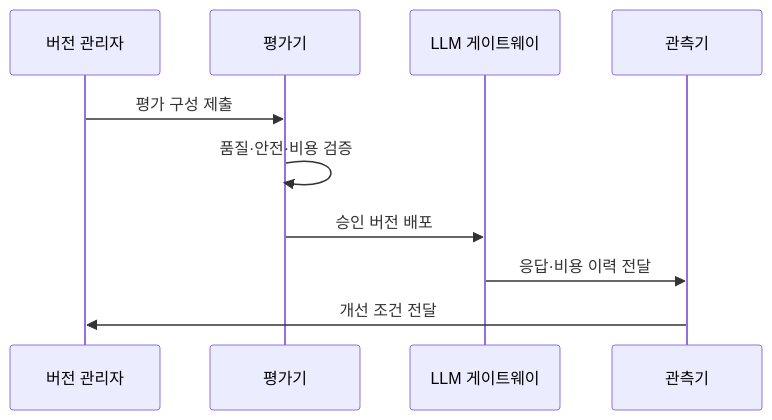
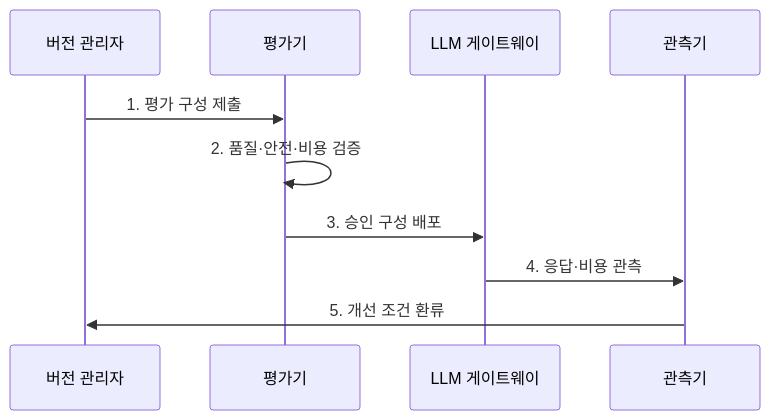
Before and after one commit to agnusdei1207/knowledge-base: the second of 2 diagrams in src/content/docs/notes/03-software/203_llmops.md, drawn with Mermaid. The commit also changed other lines of this file and 20 other files, not shown here.

````diff
--- a/src/content/docs/notes/03-software/203_llmops.md
+++ b/src/content/docs/notes/03-software/203_llmops.md
@@ -91,12 +89,12 @@
 ```mermaid
 sequenceDiagram
     participant V as 버전 관리자
     participant E as 평가기
     participant G as LLM 게이트웨이
     participant O as 관측기
-    V->>E: 평가 구성 제출
-    E->>E: 품질·안전·비용 검증
-    E->>G: 승인 버전 배포
-    G->>O: 응답·비용 이력 전달
-    O->>V: 개선 조건 전달
+    V->>E: 1. 평가 구성 제출
+    E->>E: 2. 품질·안전·비용 검증
+    E->>G: 3. 승인 구성 배포
+    G->>O: 4. 응답·비용 관측
+    O->>V: 5. 개선 조건 환류
 ```
````
